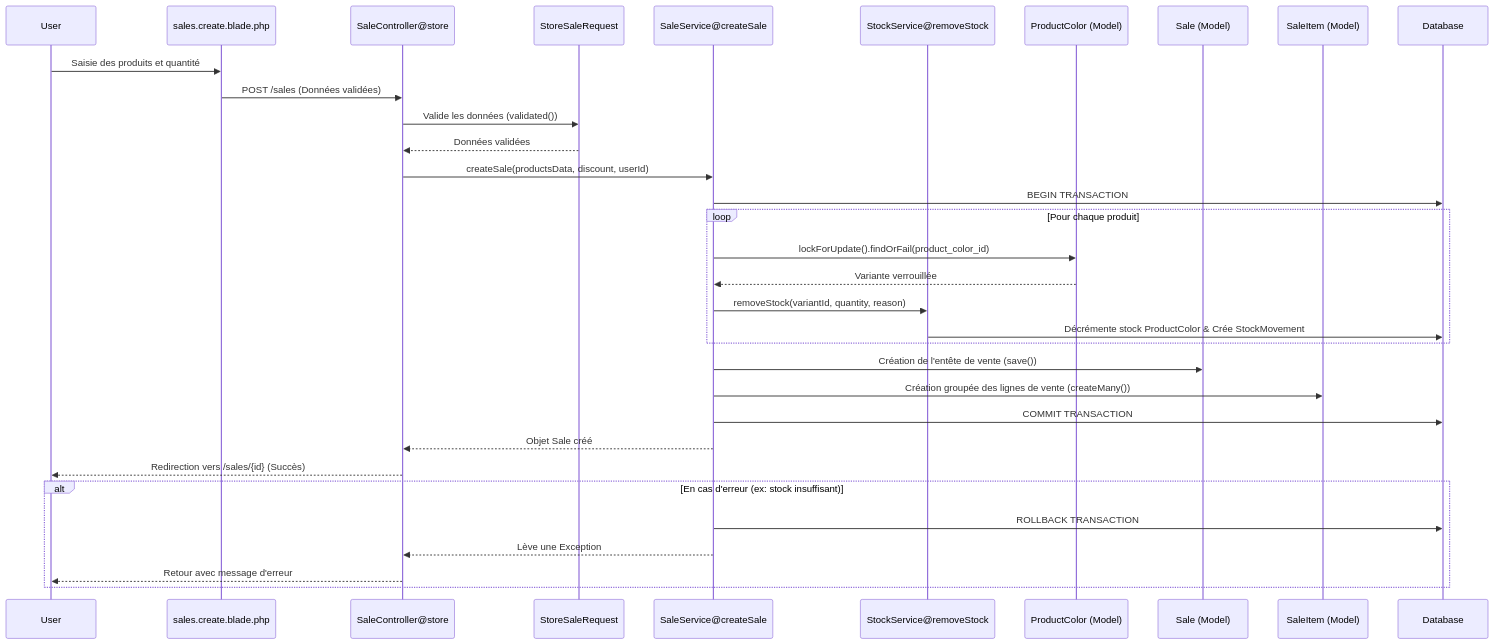
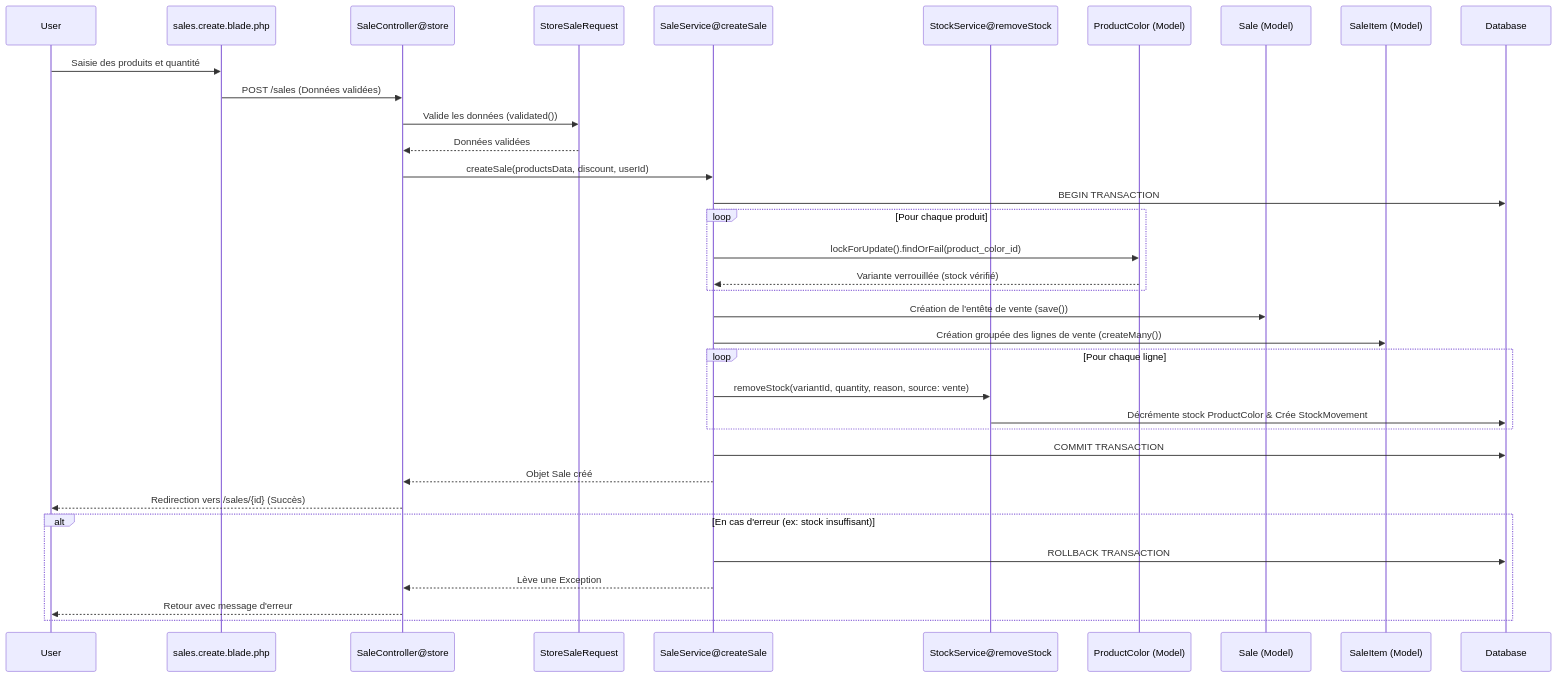
Before and after one commit to Alphamanjaka/stockmanager: the diagram in docs/flux-vente.md, drawn with Mermaid. The commit also changed other lines of this file, not shown here.

First line of the commit message:
docs(sale): describe the stock going out after the sale is saved

````diff
--- a/docs/flux-vente.md
+++ b/docs/flux-vente.md
@@ -77,36 +78,38 @@
 ```mermaid
 sequenceDiagram
     participant User
     participant UI as sales.create.blade.php
     participant Controller as SaleController@store
     participant Request as StoreSaleRequest
     participant Service as SaleService@createSale
     participant StockSvc as StockService@removeStock
     participant ProductColorModel as ProductColor (Model)
     participant SaleModel as Sale (Model)
     participant SaleItemModel as SaleItem (Model)
     participant DB as Database
 
     User->>UI: Saisie des produits et quantité
     UI->>Controller: POST /sales (Données validées)
     Controller->>Request: Valide les données (validated())
     Request-->>Controller: Données validées
     Controller->>Service: createSale(productsData, discount, userId)
     Service->>DB: BEGIN TRANSACTION
     loop Pour chaque produit
         Service->>ProductColorModel: lockForUpdate().findOrFail(product_color_id)
-        ProductColorModel-->>Service: Variante verrouillée
-        Service->>StockSvc: removeStock(variantId, quantity, reason)
-        StockSvc->>DB: Décrémente stock ProductColor & Crée StockMovement
+        ProductColorModel-->>Service: Variante verrouillée (stock vérifié)
     end
     Service->>SaleModel: Création de l'entête de vente (save())
     Service->>SaleItemModel: Création groupée des lignes de vente (createMany())
+    loop Pour chaque ligne
+        Service->>StockSvc: removeStock(variantId, quantity, reason, source: vente)
+        StockSvc->>DB: Décrémente stock ProductColor & Crée StockMovement
+    end
     Service->>DB: COMMIT TRANSACTION
     Service-->>Controller: Objet Sale créé
     Controller-->>User: Redirection vers /sales/{id} (Succès)
     alt En cas d'erreur (ex: stock insuffisant)
         Service->>DB: ROLLBACK TRANSACTION
         Service-->>Controller: Lève une Exception
         Controller-->>User: Retour avec message d'erreur
     end
 ```
````
